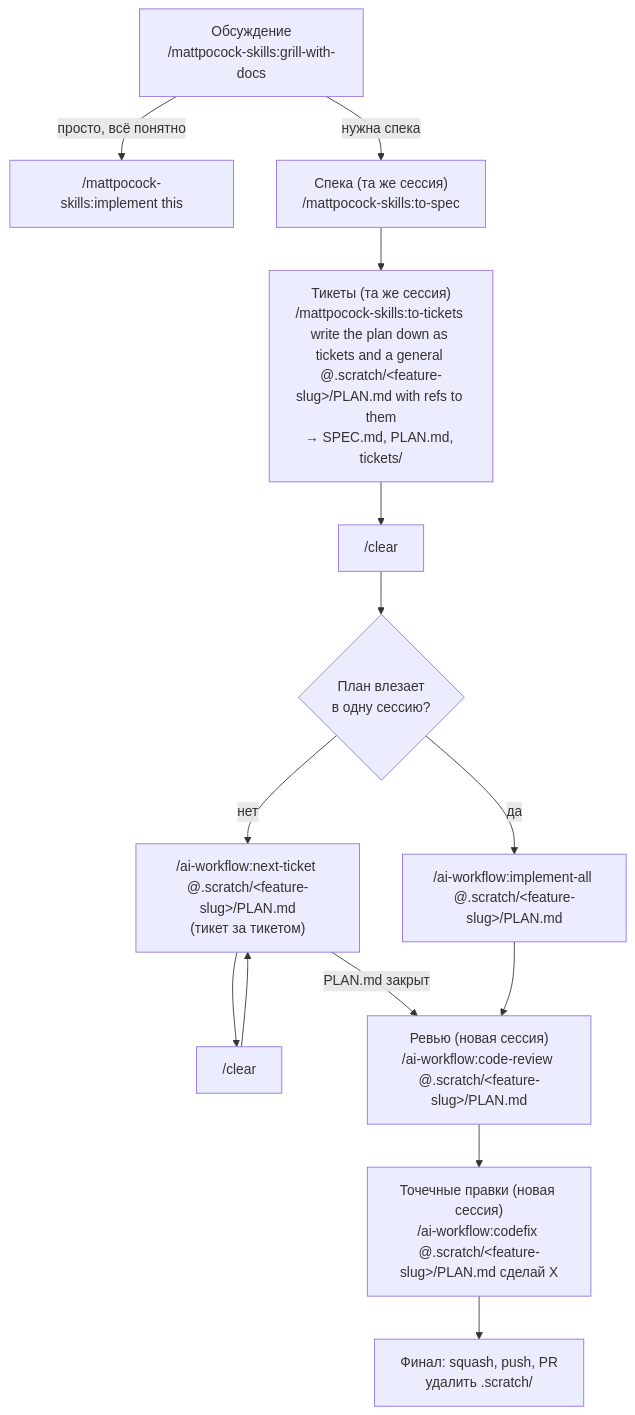
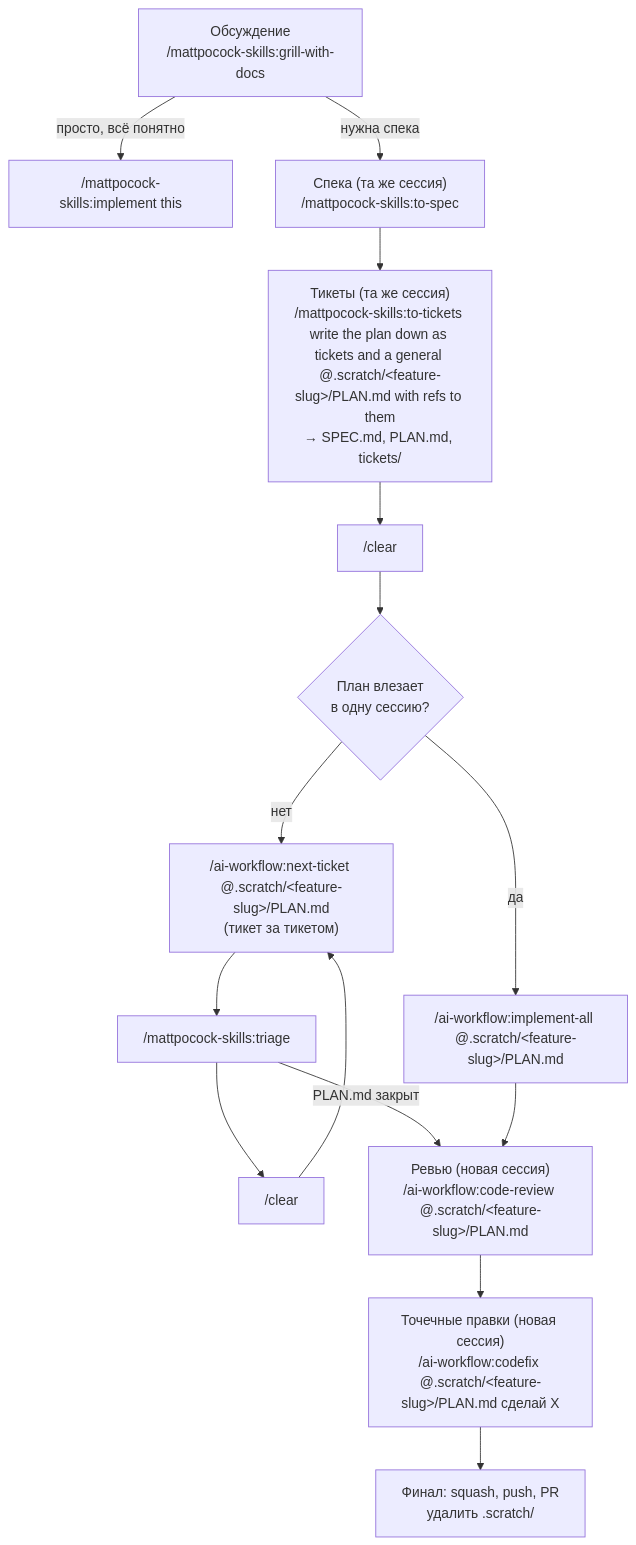
The diagram in README.md (Whatislove118/AI-Workflow), drawn with Mermaid before and after one commit. The commit also changed other lines of this file and 1 other file, not shown here.

Commit message:
fix: add triage

````diff
--- a/README.md
+++ b/README.md
@@ -44,16 +44,17 @@
 ```mermaid
 flowchart TD
     A["Обсуждение\n/mattpocock-skills:grill-with-docs"]
     A -- "просто, всё понятно" --> B["/mattpocock-skills:implement this"]
     A -- "нужна спека" --> C["Спека (та же сессия)\n/mattpocock-skills:to-spec"]
     C --> D["Тикеты (та же сессия)\n/mattpocock-skills:to-tickets write the plan down as tickets and a general @.scratch/#lt;feature-slug#gt;/PLAN.md with refs to them\n→ SPEC.md, PLAN.md, tickets/"]
     D --> E["/clear"]
     E --> F{"План влезает\nв одну сессию?"}
     F -- да --> G["/ai-workflow:implement-all @.scratch/#lt;feature-slug#gt;/PLAN.md"]
     F -- нет --> H["/ai-workflow:next-ticket @.scratch/#lt;feature-slug#gt;/PLAN.md\n(тикет за тикетом)"]
-    H --> I["/clear"] --> H
-    H -- "PLAN.md закрыт" --> J
+    H --> T["/mattpocock-skills:triage"]
+    T --> I["/clear"] --> H
+    T -- "PLAN.md закрыт" --> J
     G --> J["Ревью (новая сессия)\n/ai-workflow:code-review @.scratch/#lt;feature-slug#gt;/PLAN.md"]
     J --> K["Точечные правки (новая сессия)\n/ai-workflow:codefix @.scratch/#lt;feature-slug#gt;/PLAN.md сделай X"]
     K --> L["Финал: squash, push, PR\nудалить .scratch/"]
 ```
````
